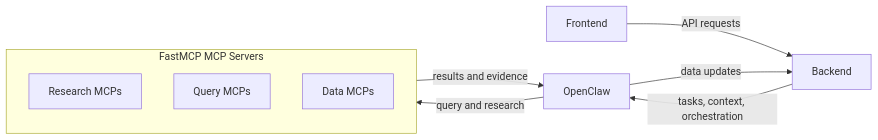
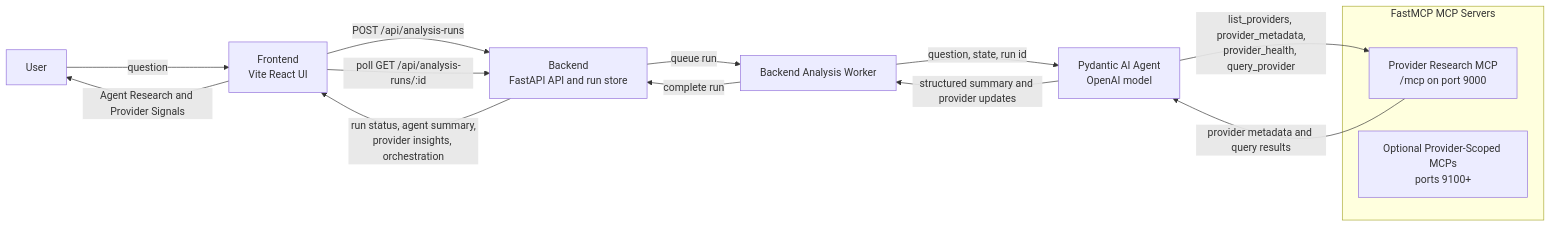
One commit to imyjimmy/data-center-feasibility-app changed the first of 2 diagrams in DESIGN.md. Above: the diagram before and after it, drawn with Mermaid. The commit also changed other lines of this file and 18 other files, not shown here.

Commit message:
Connect Pydantic AI MCP research flow

````diff
--- a/DESIGN.md
+++ b/DESIGN.md
@@ -5,18 +7,25 @@
 ```mermaid
 flowchart LR
-    frontend[Frontend]
-    backend[Backend]
-    openclaw[OpenClaw]
+    user[User]
+    frontend[Frontend<br/>Vite React UI]
+    backend[Backend<br/>FastAPI API and run store]
+    worker[Backend Analysis Worker]
+    agent[Pydantic AI Agent<br/>OpenAI model]
 
     subgraph mcps[FastMCP MCP Servers]
-        mcpResearch[Research MCPs]
-        mcpQuery[Query MCPs]
-        mcpData[Data MCPs]
+        aggregate[Provider Research MCP<br/>/mcp on port 9000]
+        provider[Optional Provider-Scoped MCPs<br/>ports 9100+]
     end
 
-    frontend -->|API requests| backend
-    backend -->|tasks, context, orchestration| openclaw
-    openclaw -->|data updates| backend
-    openclaw -->|query and research| mcps
-    mcps -->|results and evidence| openclaw
+    user -->|question| frontend
+    frontend -->|POST /api/analysis-runs| backend
+    backend -->|queue run| worker
+    worker -->|question, state, run id| agent
+    agent -->|list_providers, provider_metadata,<br/>provider_health, query_provider| aggregate
+    aggregate -->|provider metadata and query results| agent
+    agent -->|structured summary and provider updates| worker
+    worker -->|complete run| backend
+    frontend -->|poll GET /api/analysis-runs/:id| backend
+    backend -->|run status, agent summary,<br/>provider insights, orchestration| frontend
+    frontend -->|Agent Research and Provider Signals| user
 ```
````
